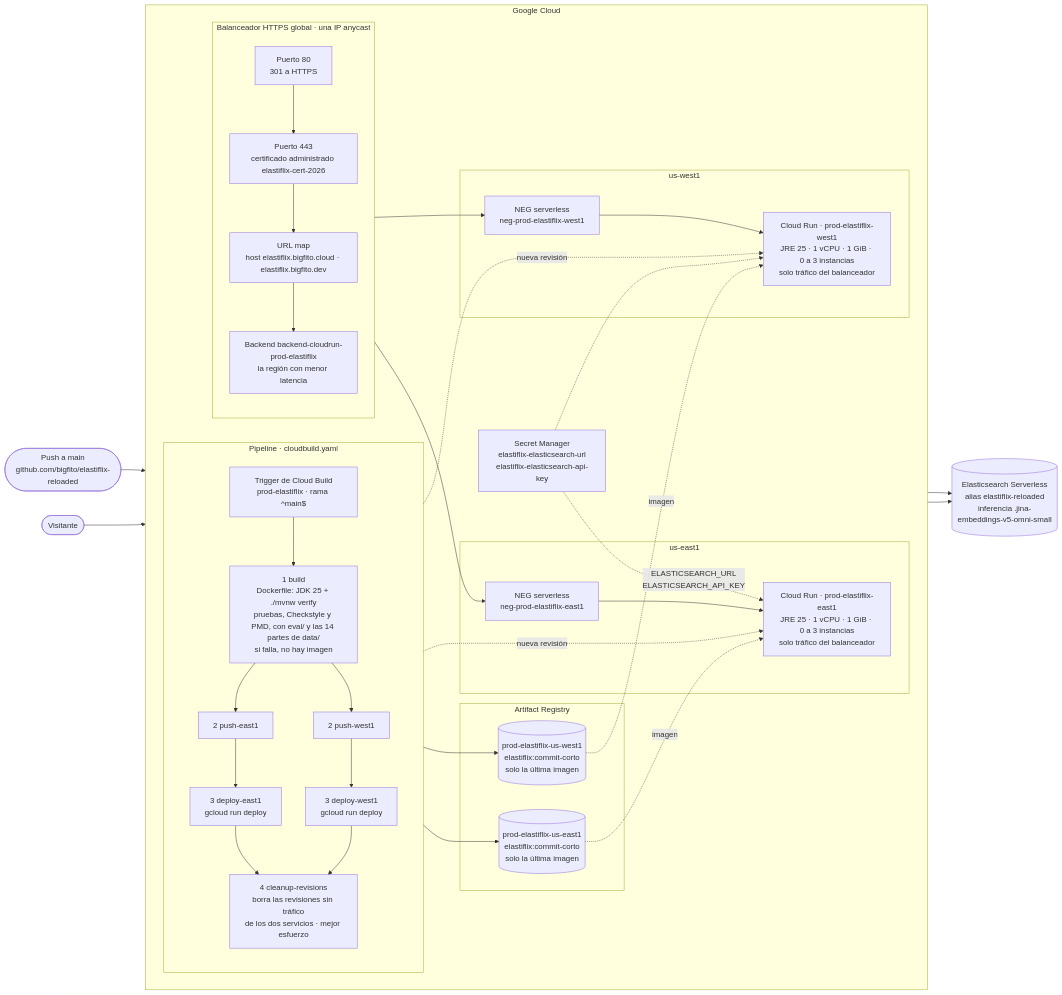
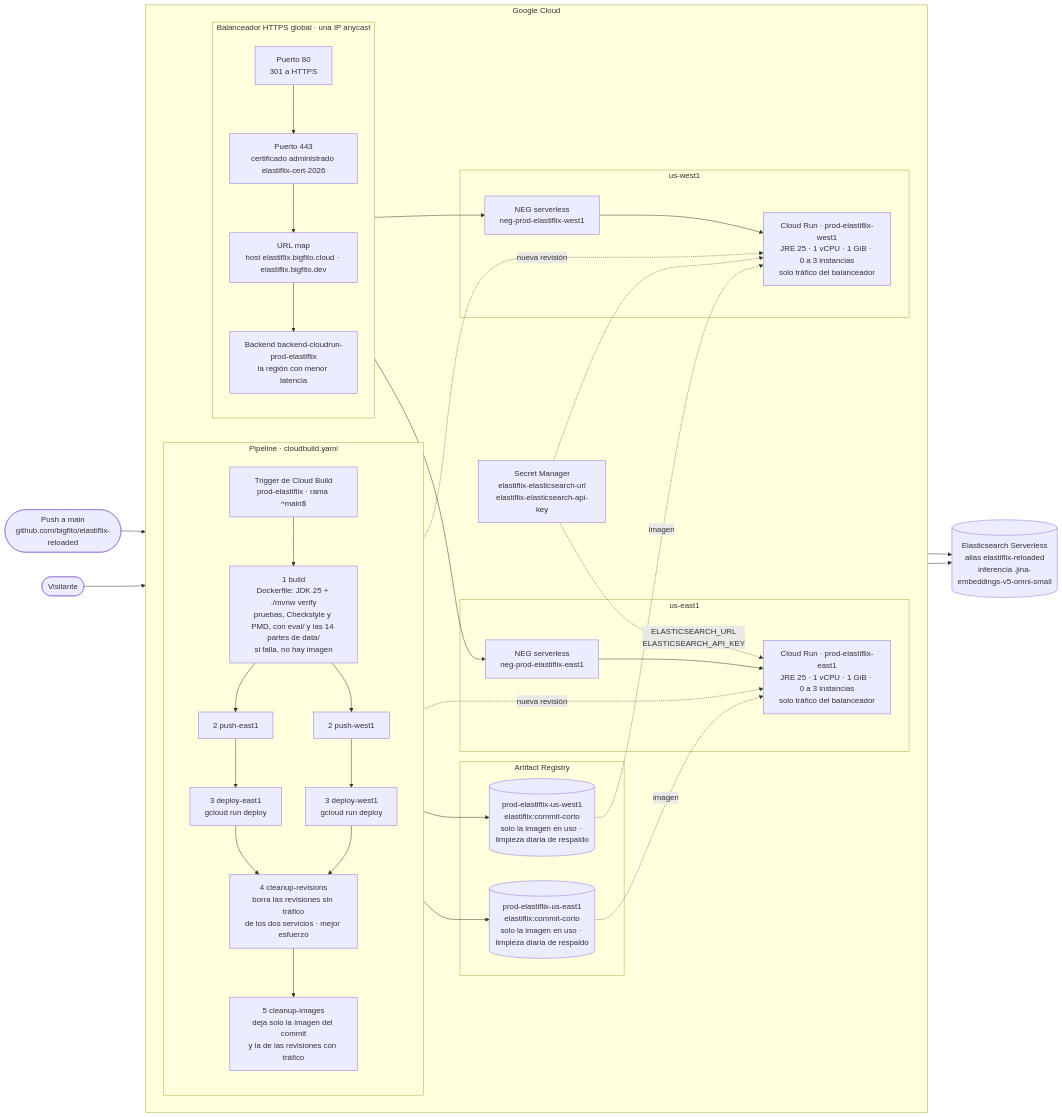
The diagram in docs/despliegue.mermaid (bigfito/elastiflix-reloaded), drawn with Mermaid before and after one commit. The commit also changed 3 other files, not shown here.

```diff
--- a/docs/despliegue.mermaid
+++ b/docs/despliegue.mermaid
@@ -1,67 +1,69 @@
 flowchart LR
   dev(["Push a main<br/>github.com/bigfito/elastiflix-reloaded"])
   visitor(["Visitante"])
 
   subgraph gcp["Google Cloud"]
     direction LR
 
     subgraph ci["Pipeline · cloudbuild.yaml"]
       direction TB
       trigger["Trigger de Cloud Build<br/>prod-elastiflix · rama ^main$"]
       build["1 build<br/>Dockerfile: JDK 25 + ./mvnw verify<br/>pruebas, Checkstyle y PMD, con eval/ y las 14 partes de data/<br/>si falla, no hay imagen"]
       pushe["2 push-east1"]
       pushw["2 push-west1"]
       depe["3 deploy-east1<br/>gcloud run deploy"]
       depw["3 deploy-west1<br/>gcloud run deploy"]
       cleanup["4 cleanup-revisions<br/>borra las revisiones sin tráfico<br/>de los dos servicios · mejor esfuerzo"]
+      cleanimg["5 cleanup-images<br/>deja solo la imagen del commit<br/>y la de las revisiones con tráfico"]
       trigger --> build
       build --> pushe --> depe
       build --> pushw --> depw
       depe --> cleanup
       depw --> cleanup
+      cleanup --> cleanimg
     end
 
     subgraph registry["Artifact Registry"]
-      are[("prod-elastiflix-us-east1<br/>elastiflix:commit-corto<br/>solo la última imagen")]
-      arw[("prod-elastiflix-us-west1<br/>elastiflix:commit-corto<br/>solo la última imagen")]
+      are[("prod-elastiflix-us-east1<br/>elastiflix:commit-corto<br/>solo la imagen en uso · limpieza diaria de respaldo")]
+      arw[("prod-elastiflix-us-west1<br/>elastiflix:commit-corto<br/>solo la imagen en uso · limpieza diaria de respaldo")]
     end
 
     subgraph lb["Balanceador HTTPS global · una IP anycast"]
       direction TB
       http["Puerto 80<br/>301 a HTTPS"]
       https["Puerto 443<br/>certificado administrado elastiflix-cert-2026"]
       urlmap["URL map<br/>host elastiflix.bigfito.cloud · elastiflix.bigfito.dev"]
       backend["Backend backend-cloudrun-prod-elastiflix<br/>la región con menor latencia"]
       http --> https --> urlmap --> backend
     end
 
     subgraph east["us-east1"]
       nege["NEG serverless<br/>neg-prod-elastiflix-east1"]
       cre["Cloud Run · prod-elastiflix-east1<br/>JRE 25 · 1 vCPU · 1 GiB · 0 a 3 instancias<br/>solo tráfico del balanceador"]
     end
 
     subgraph west["us-west1"]
       negw["NEG serverless<br/>neg-prod-elastiflix-west1"]
       crw["Cloud Run · prod-elastiflix-west1<br/>JRE 25 · 1 vCPU · 1 GiB · 0 a 3 instancias<br/>solo tráfico del balanceador"]
     end
 
     secrets["Secret Manager<br/>elastiflix-elasticsearch-url<br/>elastiflix-elasticsearch-api-key"]
   end
 
   es[("Elasticsearch Serverless<br/>alias elastiflix-reloaded<br/>inferencia .jina-embeddings-v5-omni-small")]
 
   dev --> trigger
   pushe --> are
   pushw --> arw
   depe -.->|"nueva revisión"| cre
   depw -.->|"nueva revisión"| crw
   are -.->|"imagen"| cre
   arw -.->|"imagen"| crw
 
   visitor --> http
   backend --> nege --> cre
   backend --> negw --> crw
   secrets -.->|"ELASTICSEARCH_URL<br/>ELASTICSEARCH_API_KEY"| cre
   secrets -.-> crw
   cre --> es
   crw --> es
```
